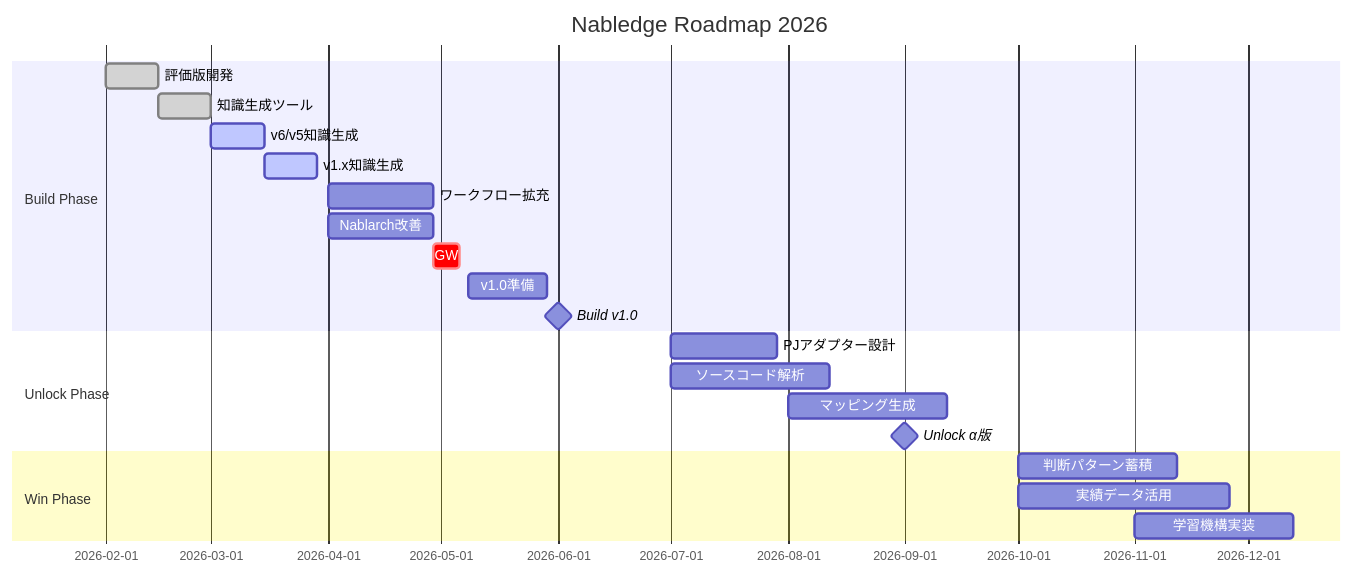
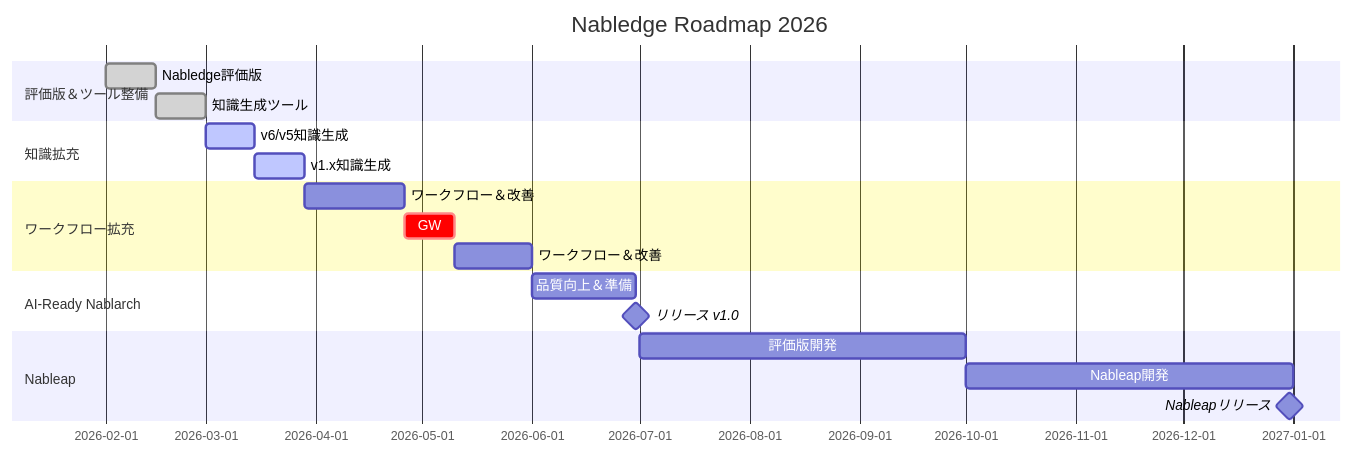
One commit to nablarch/nabledge-dev changed the diagram in doc/development-status.md. Above: the diagram before and after it, drawn with Mermaid. The commit also changed other lines of this file, not shown here.

Commit message:
Restructure roadmap with new phases and Nableap product
Changes:
- Replace Build/Unlock/Win phases with product-focused phases
- Phase 1-2: Nabledge development (Feb-Mar)
- Phase 3: Workflow expansion (Mar-May, includes GW 4/26-5/9)
- Phase 4: AI-Ready Nablarch/Nabledge v1.0 release (Jun 30)
- Phase 5: Nableap - SoR to Nablarch migration service (Jul-Dec)

Nableap: New product for market expansion, enabling migration from
legacy SoR systems to Nablarch. Evaluation (2Q), development (3Q),
release (4Q).

````diff
--- a/doc/development-status.md
+++ b/doc/development-status.md
@@ -19,27 +19,27 @@
 ```mermaid
 gantt
     title Nabledge Roadmap 2026
     dateFormat YYYY-MM-DD
 
-    section Build Phase
-    評価版開発                :done, 2026-02-01, 2w
-    知識生成ツール            :done, 2026-02-15, 2w
-    v6/v5知識生成            :active, 2026-03-01, 2w
-    v1.x知識生成             :active, 2026-03-15, 2w
-    ワークフロー拡充          :2026-04-01, 4w
-    Nablarch改善             :2026-04-01, 4w
-    GW                      :crit, 2026-04-29, 1w
-    v1.0準備                :2026-05-08, 3w
-    Build v1.0              :milestone, 2026-06-01, 0d
+    section 評価版＆ツール整備
+    Nabledge評価版            :done, 2026-02-01, 14d
+    知識生成ツール            :done, 2026-02-15, 14d
 
-    section Unlock Phase
-    PJアダプター設計          :2026-07-01, 4w
-    ソースコード解析          :2026-07-01, 6w
-    マッピング生成           :2026-08-01, 6w
-    Unlock α版              :milestone, 2026-09-01, 0d
+    section 知識拡充
+    v6/v5知識生成            :active, 2026-03-01, 14d
+    v1.x知識生成             :active, 2026-03-15, 14d
 
-    section Win Phase
-    判断パターン蓄積          :2026-10-01, 6w
-    実績データ活用           :2026-10-01, 8w
-    学習機構実装             :2026-11-01, 6w
+    section ワークフロー拡充
+    ワークフロー＆改善        :2026-03-29, 28d
+    GW                      :crit, 2026-04-26, 14d
+    ワークフロー＆改善        :2026-05-10, 22d
+
+    section AI-Ready Nablarch
+    品質向上＆準備            :2026-06-01, 29d
+    リリース v1.0           :milestone, 2026-06-30, 0d
+
+    section Nableap
+    評価版開発               :2026-07-01, 3M
+    Nableap開発             :2026-10-01, 3M
+    Nableapリリース          :milestone, 2026-12-31, 0d
 ```
````
